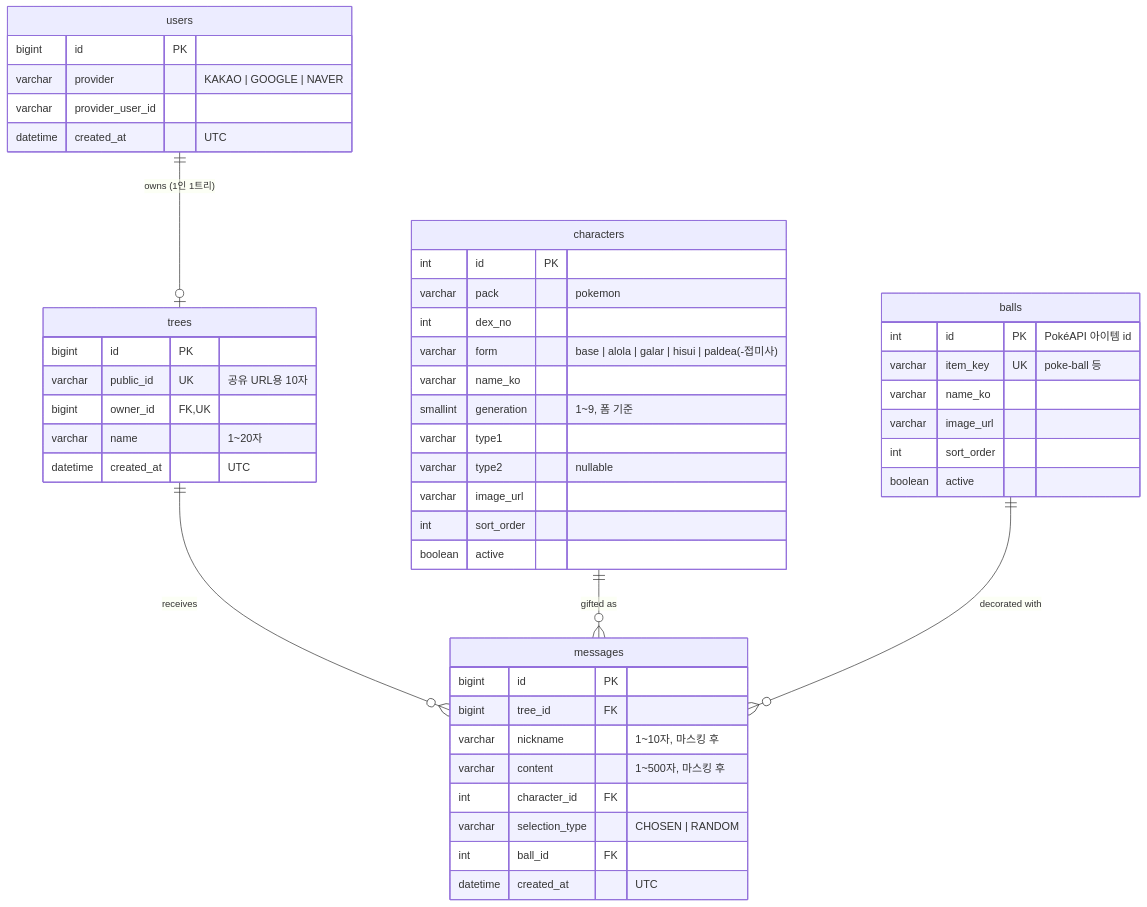
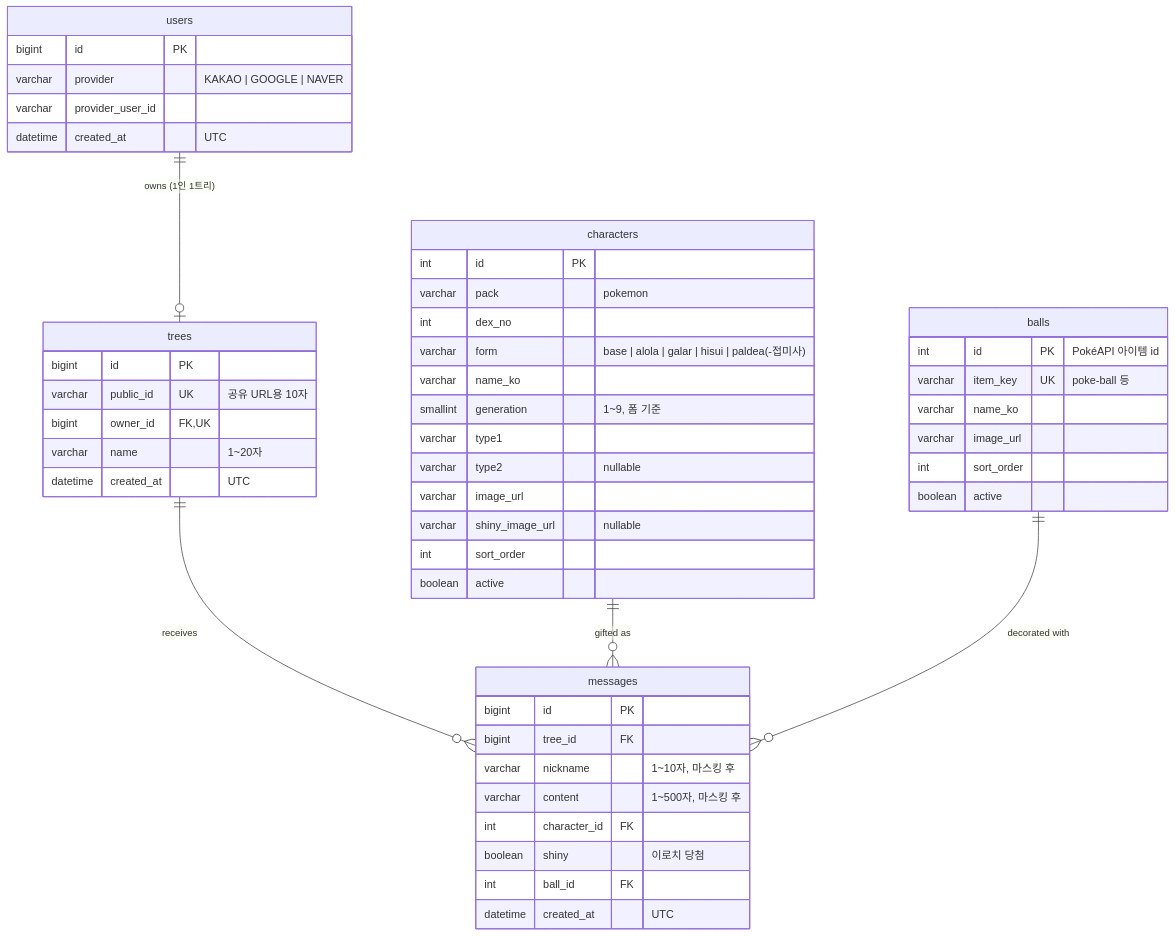
Before and after one commit to Pevelovers/poke-letter: the diagram in docs/product/erd.md, drawn with Mermaid. The commit also changed other lines of this file and 9 other files, not shown here.

````diff
--- a/docs/product/erd.md
+++ b/docs/product/erd.md
@@ -8,52 +9,53 @@
 ```mermaid
 erDiagram
     users ||--o| trees : "owns (1인 1트리)"
     trees ||--o{ messages : "receives"
     characters ||--o{ messages : "gifted as"
     balls ||--o{ messages : "decorated with"
 
     users {
         bigint id PK
         varchar provider "KAKAO | GOOGLE | NAVER"
         varchar provider_user_id
         datetime created_at "UTC"
     }
     trees {
         bigint id PK
         varchar public_id UK "공유 URL용 10자"
         bigint owner_id FK,UK
         varchar name "1~20자"
         datetime created_at "UTC"
     }
     messages {
         bigint id PK
         bigint tree_id FK
         varchar nickname "1~10자, 마스킹 후"
         varchar content "1~500자, 마스킹 후"
         int character_id FK
-        varchar selection_type "CHOSEN | RANDOM"
+        boolean shiny "이로치 당첨"
         int ball_id FK
         datetime created_at "UTC"
     }
     characters {
         int id PK
         varchar pack "pokemon"
         int dex_no
         varchar form "base | alola | galar | hisui | paldea(-접미사)"
         varchar name_ko
         smallint generation "1~9, 폼 기준"
         varchar type1
         varchar type2 "nullable"
         varchar image_url
+        varchar shiny_image_url "nullable"
         int sort_order
         boolean active
     }
     balls {
         int id PK "PokéAPI 아이템 id"
         varchar item_key UK "poke-ball 등"
         varchar name_ko
         varchar image_url
         int sort_order
         boolean active
     }
 ```
````
